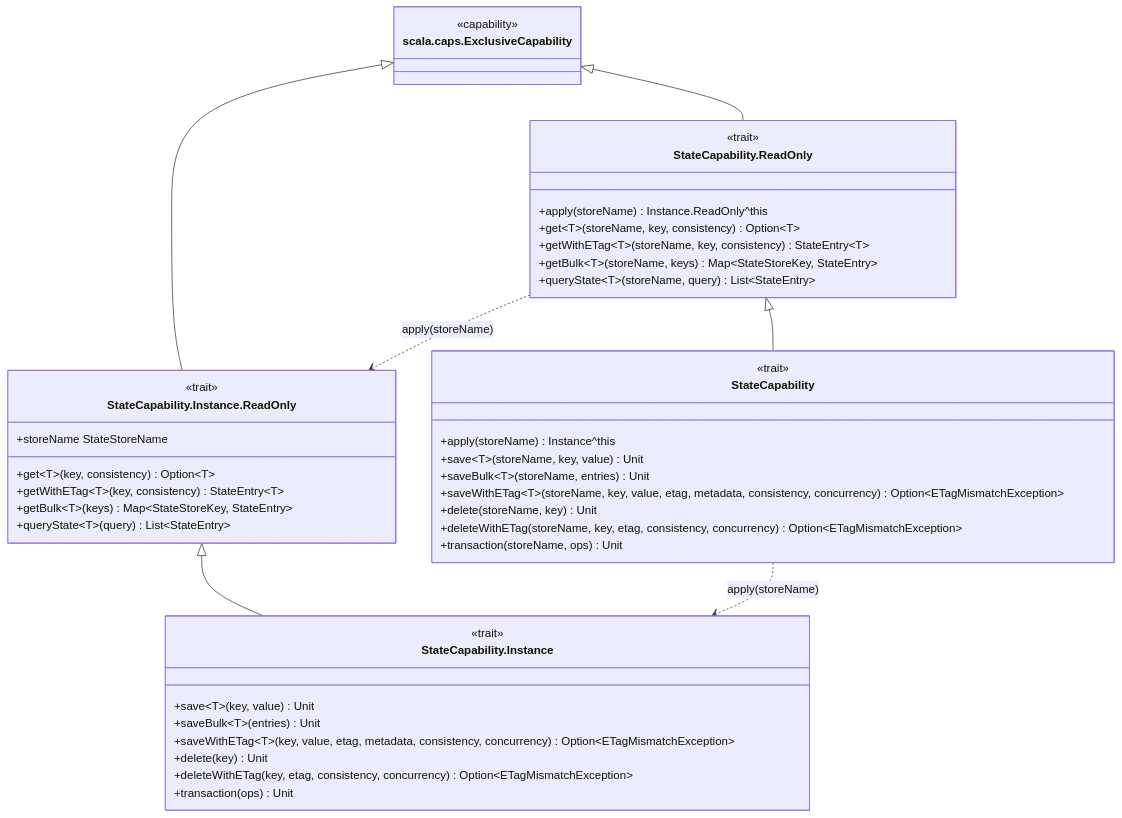
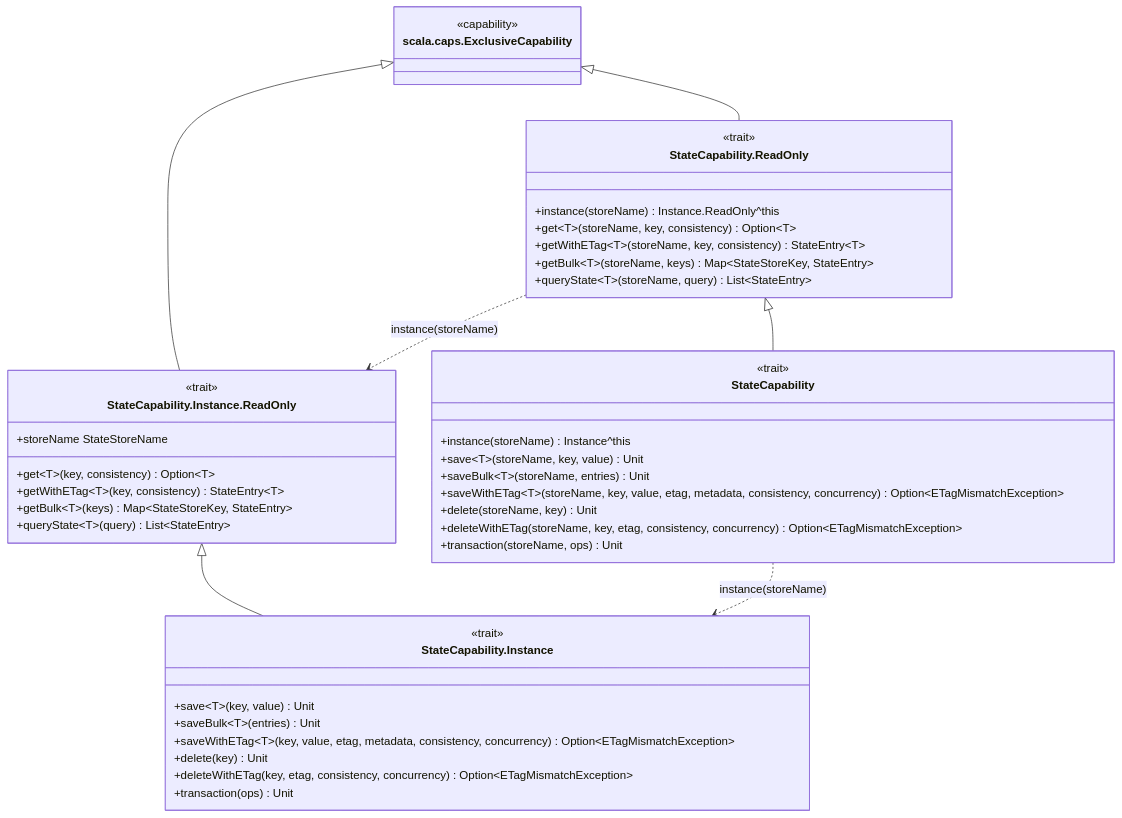
One commit to sideeffffect/dapr4s changed the second of 15 diagrams in docs/CAPABILITY-HIERARCHY.md. Above: the diagram before and after it, drawn with Mermaid. The commit also changed other lines of this file and 26 other files, not shown here.

Commit message:
docs: instance(name)/forType narrowing in scaladoc, docs and spec

````diff
--- a/docs/CAPABILITY-HIERARCHY.md
+++ b/docs/CAPABILITY-HIERARCHY.md
@@ -73,49 +73,49 @@
 ```mermaid
 classDiagram
     direction TB
     class ExclusiveCapability["scala.caps.ExclusiveCapability"]
     <<capability>> ExclusiveCapability
 
     class StateCapability_ReadOnly["StateCapability.ReadOnly"]
     <<trait>> StateCapability_ReadOnly
-    StateCapability_ReadOnly : +apply(storeName) Instance.ReadOnly^this
+    StateCapability_ReadOnly : +instance(storeName) Instance.ReadOnly^this
     StateCapability_ReadOnly : +get~T~(storeName, key, consistency) Option~T~
     StateCapability_ReadOnly : +getWithETag~T~(storeName, key, consistency) StateEntry~T~
     StateCapability_ReadOnly : +getBulk~T~(storeName, keys) Map~StateStoreKey, StateEntry~
     StateCapability_ReadOnly : +queryState~T~(storeName, query) List~StateEntry~
 
     class StateCapability {
         <<trait>>
-        +apply(storeName) Instance^this
+        +instance(storeName) Instance^this
         +save~T~(storeName, key, value) Unit
         +saveBulk~T~(storeName, entries) Unit
         +saveWithETag~T~(storeName, key, value, etag, metadata, consistency, concurrency) Option~ETagMismatchException~
         +delete(storeName, key) Unit
         +deleteWithETag(storeName, key, etag, consistency, concurrency) Option~ETagMismatchException~
         +transaction(storeName, ops) Unit
     }
 
     class StateCapability_Instance_ReadOnly["StateCapability.Instance.ReadOnly"]
     <<trait>> StateCapability_Instance_ReadOnly
     StateCapability_Instance_ReadOnly : +storeName StateStoreName
     StateCapability_Instance_ReadOnly : +get~T~(key, consistency) Option~T~
     StateCapability_Instance_ReadOnly : +getWithETag~T~(key, consistency) StateEntry~T~
     StateCapability_Instance_ReadOnly : +getBulk~T~(keys) Map~StateStoreKey, StateEntry~
     StateCapability_Instance_ReadOnly : +queryState~T~(query) List~StateEntry~
 
     class StateCapability_Instance["StateCapability.Instance"]
     <<trait>> StateCapability_Instance
     StateCapability_Instance : +save~T~(key, value) Unit
     StateCapability_Instance : +saveBulk~T~(entries) Unit
     StateCapability_Instance : +saveWithETag~T~(key, value, etag, metadata, consistency, concurrency) Option~ETagMismatchException~
     StateCapability_Instance : +delete(key) Unit
     StateCapability_Instance : +deleteWithETag(key, etag, consistency, concurrency) Option~ETagMismatchException~
     StateCapability_Instance : +transaction(ops) Unit
 
     ExclusiveCapability <|-- StateCapability_ReadOnly
     StateCapability_ReadOnly <|-- StateCapability
     ExclusiveCapability <|-- StateCapability_Instance_ReadOnly
     StateCapability_Instance_ReadOnly <|-- StateCapability_Instance
-    StateCapability_ReadOnly ..> StateCapability_Instance_ReadOnly : apply(storeName)
-    StateCapability ..> StateCapability_Instance : apply(storeName)
+    StateCapability_ReadOnly ..> StateCapability_Instance_ReadOnly : instance(storeName)
+    StateCapability ..> StateCapability_Instance : instance(storeName)
 ```
````
